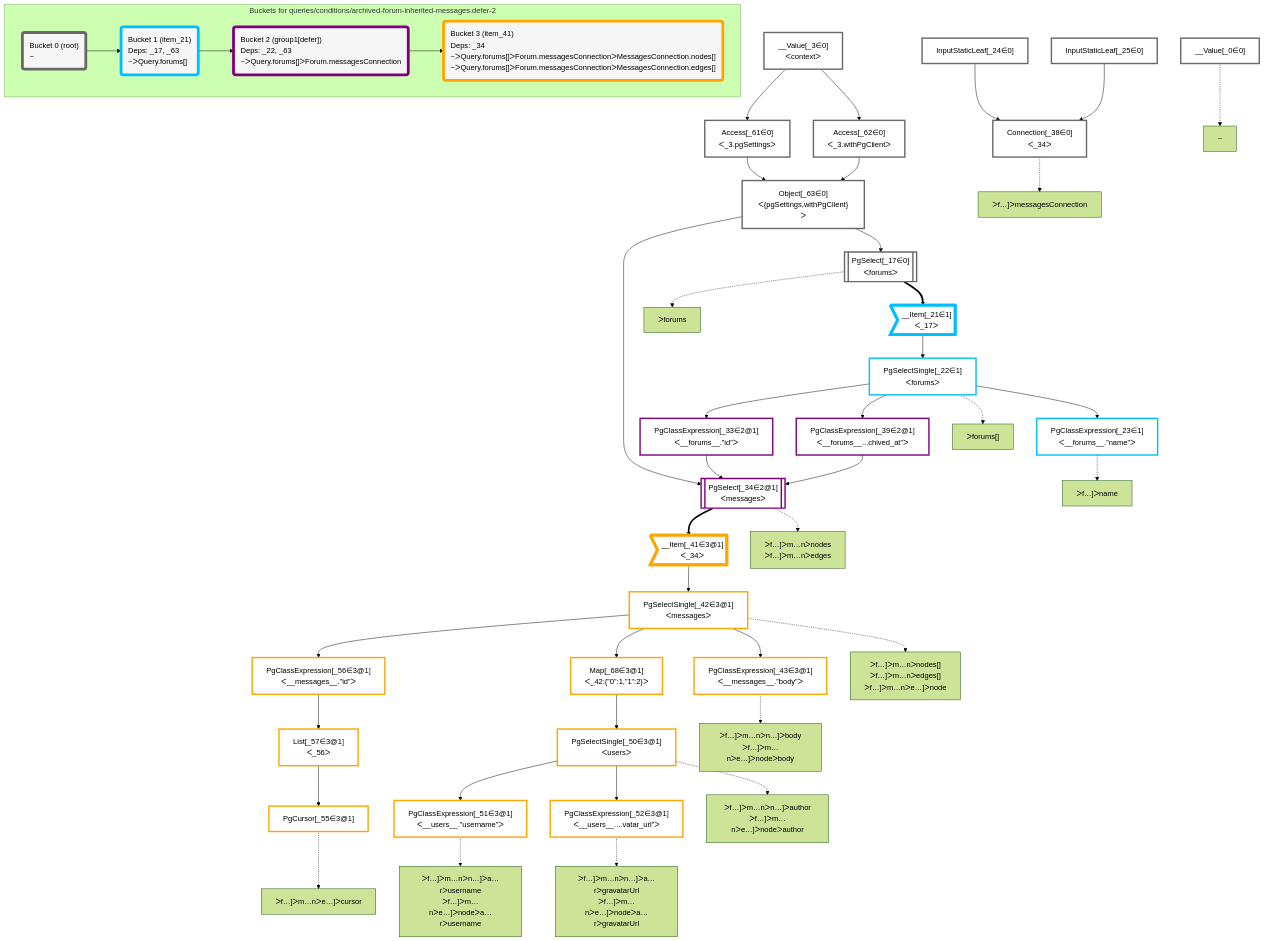
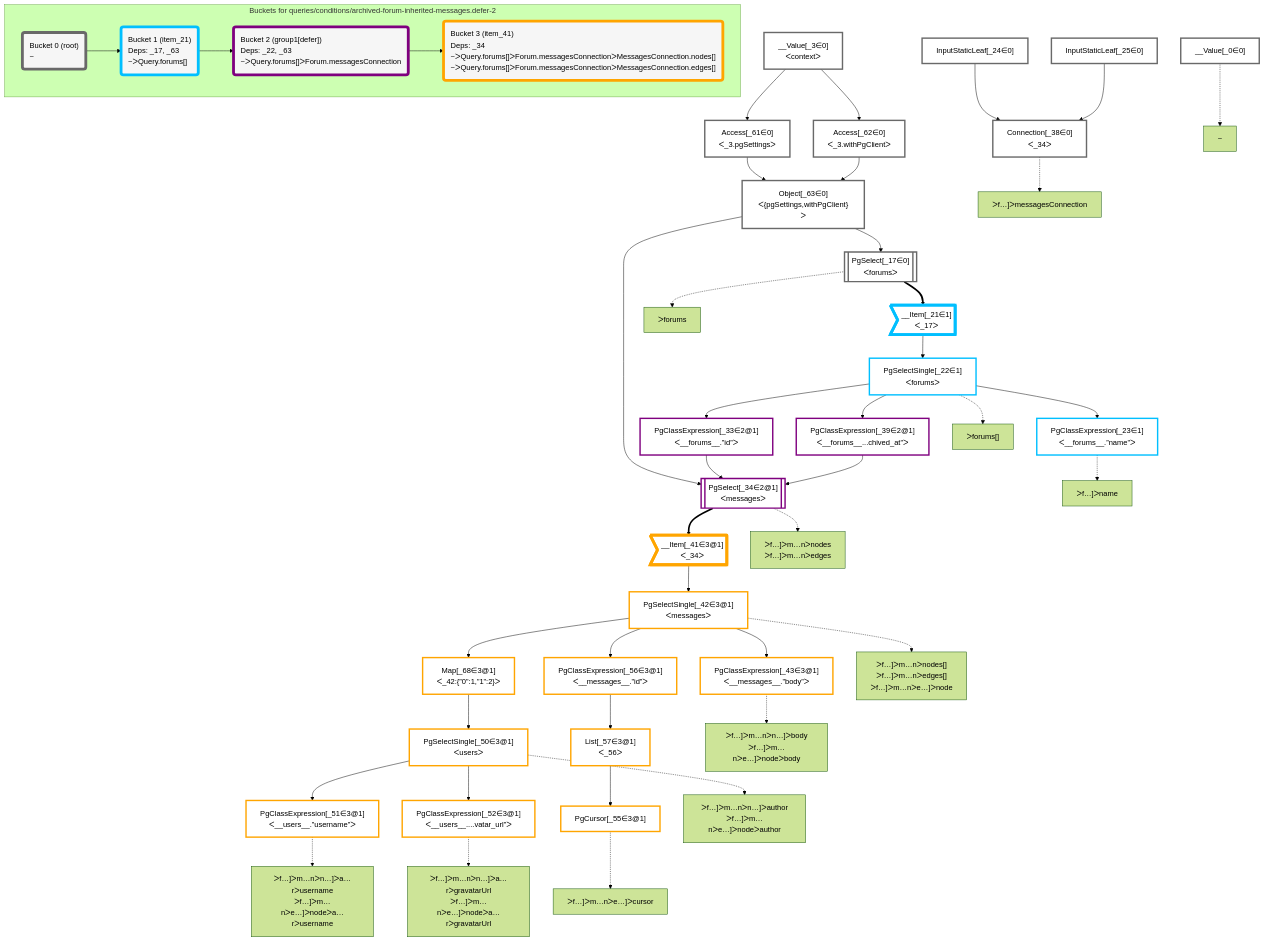
The diagram in packages/dataplan-pg/__tests__/queries/conditions/archived-forum-inherited-messages.defer-2.mermaid.md (graphile/crystal), drawn with Mermaid (forest theme) before and after one commit. The commit also changed other lines of this file and 195 other files, not shown here.

```diff
--- a/packages/dataplan-pg/__tests__/queries/conditions/archived-forum-inherited-messages.defer-2.mermaid.md
+++ b/packages/dataplan-pg/__tests__/queries/conditions/archived-forum-inherited-messages.defer-2.mermaid.md
@@ -9,53 +9,53 @@
 
     %% define plans
     __Value_0["__Value[_0∈0]"]:::plan
+    PgClassExpression_23["PgClassExpression[_23∈1]<br />ᐸ__forums__.”name”ᐳ"]:::plan
+    PgClassExpression_43["PgClassExpression[_43∈3@1]<br />ᐸ__messages__.”body”ᐳ"]:::plan
+    PgClassExpression_51["PgClassExpression[_51∈3@1]<br />ᐸ__users__.”username”ᐳ"]:::plan
+    PgClassExpression_52["PgClassExpression[_52∈3@1]<br />ᐸ__users__....vatar_url”ᐳ"]:::plan
+    PgSelectSingle_50["PgSelectSingle[_50∈3@1]<br />ᐸusersᐳ"]:::plan
+    Map_68["Map[_68∈3@1]<br />ᐸ_42:{”0”:1,”1”:2}ᐳ"]:::plan
+    PgCursor_55["PgCursor[_55∈3@1]"]:::plan
+    List_57["List[_57∈3@1]<br />ᐸ_56ᐳ"]:::plan
+    PgClassExpression_56["PgClassExpression[_56∈3@1]<br />ᐸ__messages__.”id”ᐳ"]:::plan
+    PgSelectSingle_42["PgSelectSingle[_42∈3@1]<br />ᐸmessagesᐳ"]:::plan
+    __Item_41>"__Item[_41∈3@1]<br />ᐸ_34ᐳ"]:::itemplan
+    PgSelect_34[["PgSelect[_34∈2@1]<br />ᐸmessagesᐳ"]]:::plan
+    PgClassExpression_33["PgClassExpression[_33∈2@1]<br />ᐸ__forums__.”id”ᐳ"]:::plan
+    PgClassExpression_39["PgClassExpression[_39∈2@1]<br />ᐸ__forums__...chived_at”ᐳ"]:::plan
+    PgSelectSingle_22["PgSelectSingle[_22∈1]<br />ᐸforumsᐳ"]:::plan
+    __Item_21>"__Item[_21∈1]<br />ᐸ_17ᐳ"]:::itemplan
+    PgSelect_17[["PgSelect[_17∈0]<br />ᐸforumsᐳ"]]:::plan
+    Object_63["Object[_63∈0]<br />ᐸ{pgSettings,withPgClient}ᐳ"]:::plan
+    Access_61["Access[_61∈0]<br />ᐸ_3.pgSettingsᐳ"]:::plan
+    Access_62["Access[_62∈0]<br />ᐸ_3.withPgClientᐳ"]:::plan
     __Value_3["__Value[_3∈0]<br />ᐸcontextᐳ"]:::plan
-    PgSelect_17[["PgSelect[_17∈0]<br />ᐸforumsᐳ"]]:::plan
-    __Item_21>"__Item[_21∈1]<br />ᐸ_17ᐳ"]:::itemplan
-    PgSelectSingle_22["PgSelectSingle[_22∈1]<br />ᐸforumsᐳ"]:::plan
-    PgClassExpression_23["PgClassExpression[_23∈1]<br />ᐸ__forums__.”name”ᐳ"]:::plan
+    Connection_38["Connection[_38∈0]<br />ᐸ_34ᐳ"]:::plan
     InputStaticLeaf_24["InputStaticLeaf[_24∈0]"]:::plan
     InputStaticLeaf_25["InputStaticLeaf[_25∈0]"]:::plan
-    PgClassExpression_33["PgClassExpression[_33∈2@1]<br />ᐸ__forums__.”id”ᐳ"]:::plan
-    PgSelect_34[["PgSelect[_34∈2@1]<br />ᐸmessagesᐳ"]]:::plan
-    Connection_38["Connection[_38∈0]<br />ᐸ_34ᐳ"]:::plan
-    PgClassExpression_39["PgClassExpression[_39∈2@1]<br />ᐸ__forums__...chived_at”ᐳ"]:::plan
-    __Item_41>"__Item[_41∈3@1]<br />ᐸ_34ᐳ"]:::itemplan
-    PgSelectSingle_42["PgSelectSingle[_42∈3@1]<br />ᐸmessagesᐳ"]:::plan
-    PgClassExpression_43["PgClassExpression[_43∈3@1]<br />ᐸ__messages__.”body”ᐳ"]:::plan
-    PgSelectSingle_50["PgSelectSingle[_50∈3@1]<br />ᐸusersᐳ"]:::plan
-    PgClassExpression_51["PgClassExpression[_51∈3@1]<br />ᐸ__users__.”username”ᐳ"]:::plan
-    PgClassExpression_52["PgClassExpression[_52∈3@1]<br />ᐸ__users__....vatar_url”ᐳ"]:::plan
-    PgCursor_55["PgCursor[_55∈3@1]"]:::plan
-    PgClassExpression_56["PgClassExpression[_56∈3@1]<br />ᐸ__messages__.”id”ᐳ"]:::plan
-    List_57["List[_57∈3@1]<br />ᐸ_56ᐳ"]:::plan
-    Access_61["Access[_61∈0]<br />ᐸ_3.pgSettingsᐳ"]:::plan
-    Access_62["Access[_62∈0]<br />ᐸ_3.withPgClientᐳ"]:::plan
-    Object_63["Object[_63∈0]<br />ᐸ{pgSettings,withPgClient}ᐳ"]:::plan
-    Map_68["Map[_68∈3@1]<br />ᐸ_42:{”0”:1,”1”:2}ᐳ"]:::plan
 
     %% plan dependencies
-    Object_63 --> PgSelect_17
-    PgSelect_17 ==> __Item_21
-    __Item_21 --> PgSelectSingle_22
     PgSelectSingle_22 --> PgClassExpression_23
-    PgSelectSingle_22 --> PgClassExpression_33
-    Object_63 & PgClassExpression_33 & PgClassExpression_39 --> PgSelect_34
-    InputStaticLeaf_24 & InputStaticLeaf_25 --> Connection_38
-    PgSelectSingle_22 --> PgClassExpression_39
-    PgSelect_34 ==> __Item_41
-    __Item_41 --> PgSelectSingle_42
     PgSelectSingle_42 --> PgClassExpression_43
-    Map_68 --> PgSelectSingle_50
     PgSelectSingle_50 --> PgClassExpression_51
     PgSelectSingle_50 --> PgClassExpression_52
+    Map_68 --> PgSelectSingle_50
+    PgSelectSingle_42 --> Map_68
     List_57 --> PgCursor_55
+    PgClassExpression_56 --> List_57
     PgSelectSingle_42 --> PgClassExpression_56
-    PgClassExpression_56 --> List_57
+    __Item_41 --> PgSelectSingle_42
+    PgSelect_34 ==> __Item_41
+    Object_63 & PgClassExpression_33 & PgClassExpression_39 --> PgSelect_34
+    PgSelectSingle_22 --> PgClassExpression_33
+    PgSelectSingle_22 --> PgClassExpression_39
+    __Item_21 --> PgSelectSingle_22
+    PgSelect_17 ==> __Item_21
+    Object_63 --> PgSelect_17
+    Access_61 & Access_62 --> Object_63
     __Value_3 --> Access_61
     __Value_3 --> Access_62
-    Access_61 & Access_62 --> Object_63
-    PgSelectSingle_42 --> Map_68
+    InputStaticLeaf_24 & InputStaticLeaf_25 --> Connection_38
 
     %% plan-to-path relationships
     P_0["~"]
```
